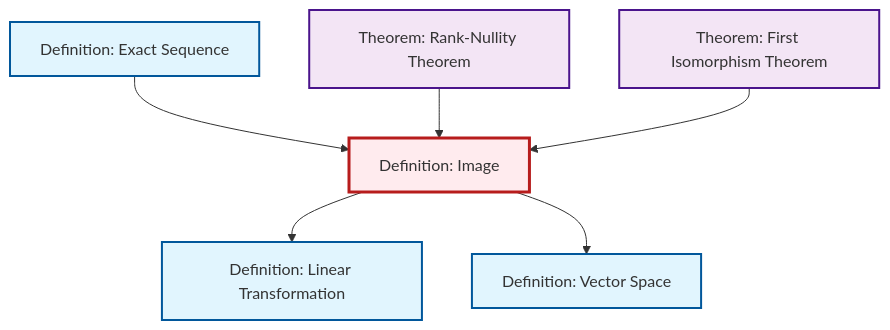
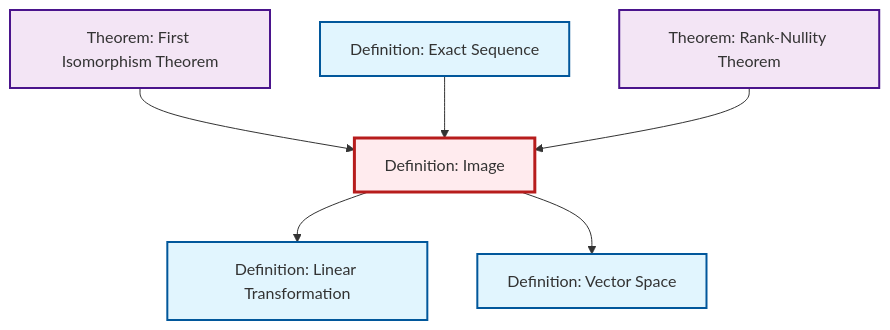
Before and after one commit to RK0429/ModernMath: the diagram in content/en/algebra/def-image.qmd, drawn with Mermaid. The commit also changed other lines of this file and 672 other files, not shown here.

````diff
--- a/content/en/algebra/def-image.qmd
+++ b/content/en/algebra/def-image.qmd
@@ -51,26 +51,26 @@
 ```{mermaid}
 %%| fig-cap: "Local dependency graph"
 graph TD
     classDef definition fill:#e1f5fe,stroke:#01579b,stroke-width:2px
     classDef theorem fill:#f3e5f5,stroke:#4a148c,stroke-width:2px
     classDef axiom fill:#fff3e0,stroke:#e65100,stroke-width:2px
     classDef example fill:#e8f5e9,stroke:#1b5e20,stroke-width:2px
     classDef current fill:#ffebee,stroke:#b71c1c,stroke-width:3px
+    thm-rank-nullity["Theorem: Rank-Nullity Theorem"]:::theorem
+    def-exact-sequence["Definition: Exact Sequence"]:::definition
+    def-linear-transformation["Definition: Linear Transformation"]:::definition
+    thm-first-isomorphism["Theorem: First Isomorphism Theorem"]:::theorem
     def-vector-space["Definition: Vector Space"]:::definition
-    def-linear-transformation["Definition: Linear Transformation"]:::definition
-    thm-rank-nullity["Theorem: Rank-Nullity Theorem"]:::theorem
     def-image["Definition: Image"]:::definition
-    def-exact-sequence["Definition: Exact Sequence"]:::definition
-    thm-first-isomorphism["Theorem: First Isomorphism Theorem"]:::theorem
     def-image --> def-linear-transformation
+    thm-first-isomorphism --> def-image
+    def-image --> def-vector-space
     def-exact-sequence --> def-image
-    def-image --> def-vector-space
     thm-rank-nullity --> def-image
-    thm-first-isomorphism --> def-image
     class def-image current
-    click def-vector-space "def-vector-space.html" "Go to Vector Space definition"
-    click def-linear-transformation "def-linear-transformation.html" "Go to Linear Transformation definition"
     click thm-rank-nullity "thm-rank-nullity.html" "Go to Rank-Nullity Theorem theorem"
     click def-exact-sequence "def-exact-sequence.html" "Go to Exact Sequence definition"
+    click def-linear-transformation "def-linear-transformation.html" "Go to Linear Transformation definition"
     click thm-first-isomorphism "thm-first-isomorphism.html" "Go to First Isomorphism Theorem theorem"
+    click def-vector-space "def-vector-space.html" "Go to Vector Space definition"
 ```
````
